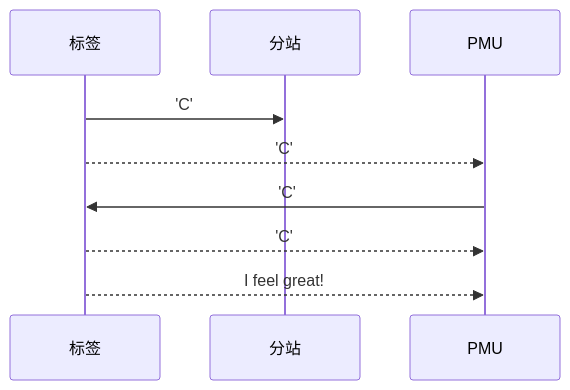
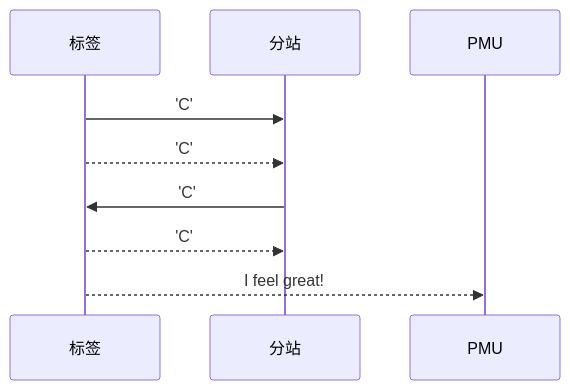
The diagram in all/未命名.md (geek-zhao/iodraw-files), drawn with Mermaid before and after one commit.

Commit message:
2024-08-17 13:53:27 update

````diff
--- a/all/未命名.md
+++ b/all/未命名.md
@@ -1,9 +1,9 @@
 ```mermaid
 sequenceDiagram
     标签->>分站: 'C'
-    标签-->>PMU: 'C'
-    PMU->>标签: 'C'
-    标签-->>PMU: 'C'
+    标签-->>分站: 'C'
+    分站->>标签: 'C'
+    标签-->>分站: 'C'
     标签-->>PMU: I feel great!
             
 ```
````
